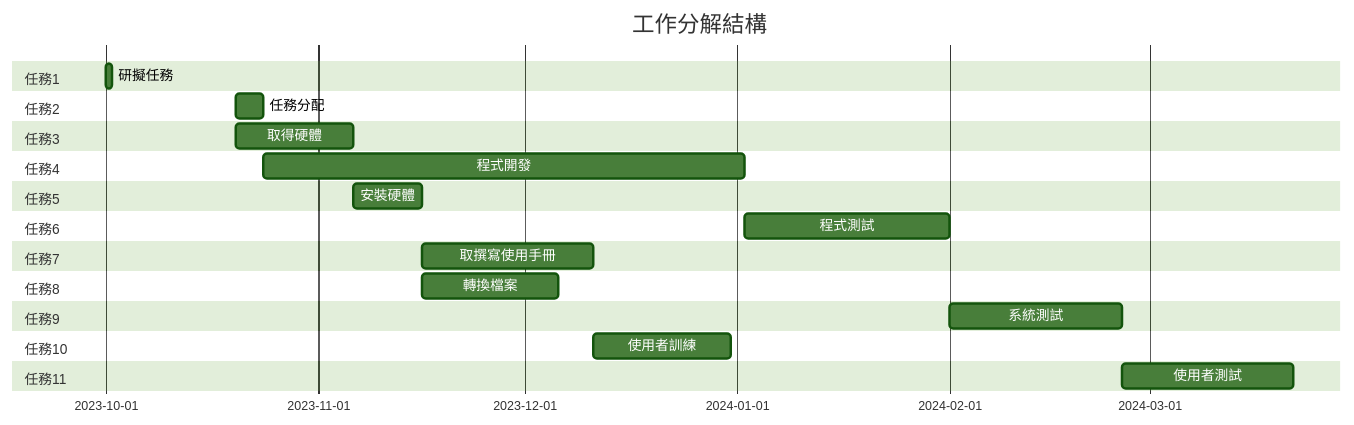
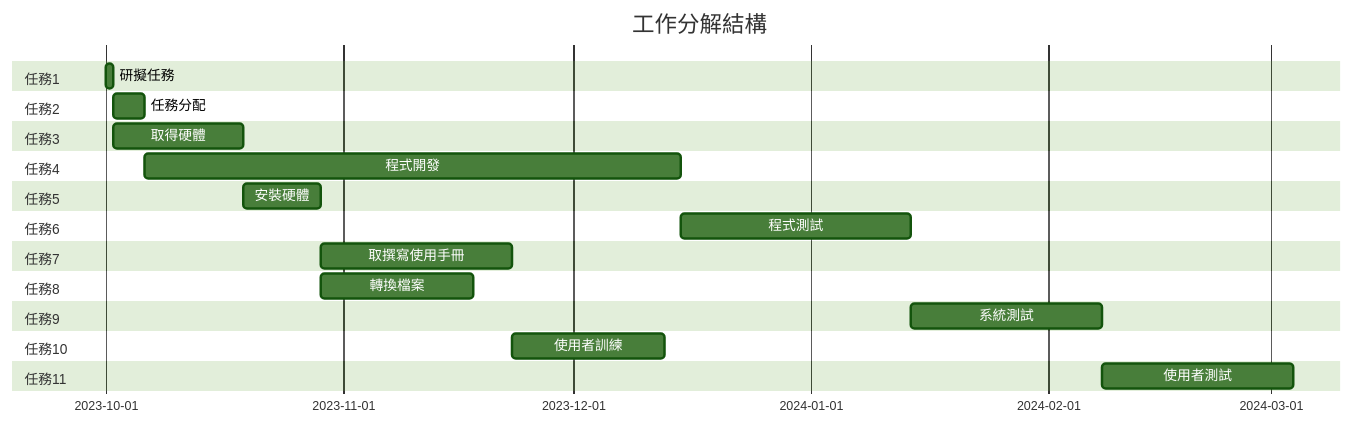
One commit to c110118134/230918 changed the diagram in hw2.md. Above: the diagram before and after it, drawn with Mermaid (forest theme).

````diff
--- a/hw2.md
+++ b/hw2.md
@@ -3,29 +3,29 @@
 ```mermaid
 gantt
     title 工作分解結構
     dateFormat  YYYY-MM-DD
     section 任務1
-    研擬任務           : 2023-10-01, 1d
+    研擬任務           : a1,2023-10-01, 1d
     section 任務2
     任務分配           :a2, after a1  , 4d    
     section 任務3
     取得硬體           :a3, after a1  , 17d
     section 任務4
     程式開發           :a4, after a2  , 70d    
     section 任務5
     安裝硬體           :a5, after a3  , 10d    
     section 任務6
     程式測試           :a6, after a4  , 30d   
     section 任務7
     取撰寫使用手冊        :a7, after a5  , 25d
     section 任務8
     轉換檔案           :a8, after a5  , 20d
     section 任務9
     系統測試           :a9, after a6  , 25d
     section 任務10
     使用者訓練         :a10, after a7  , 20d
     section 任務11
     使用者測試         :a11, after a9  , 25d
     
             
 ```
````
